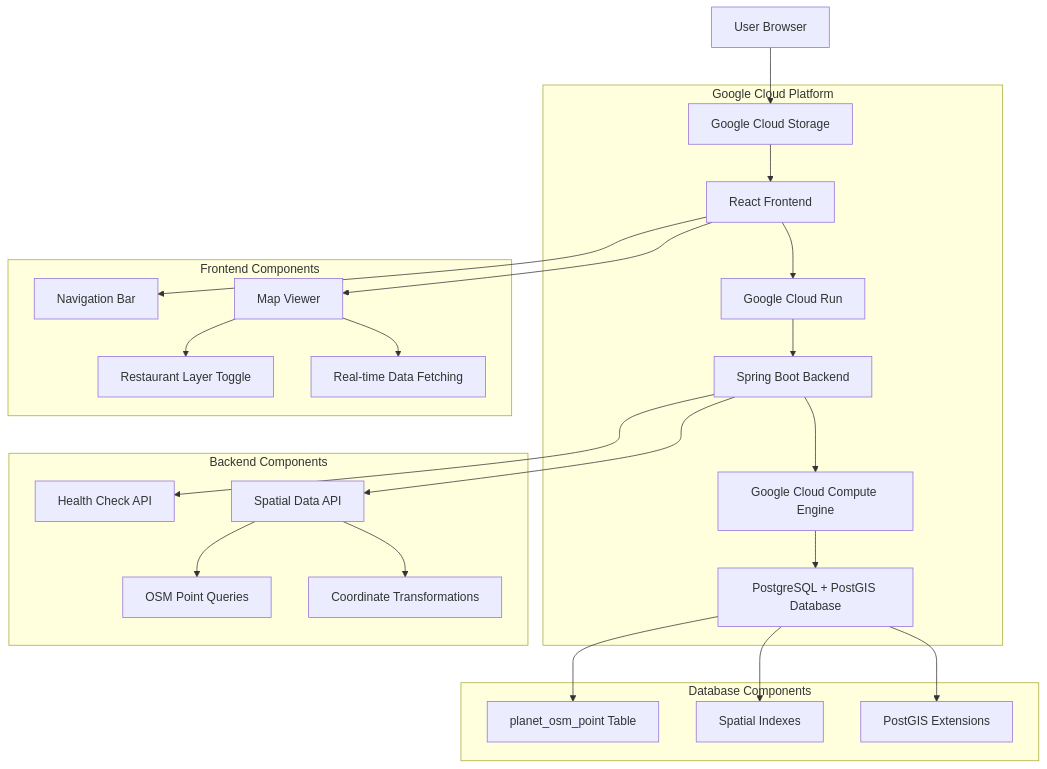
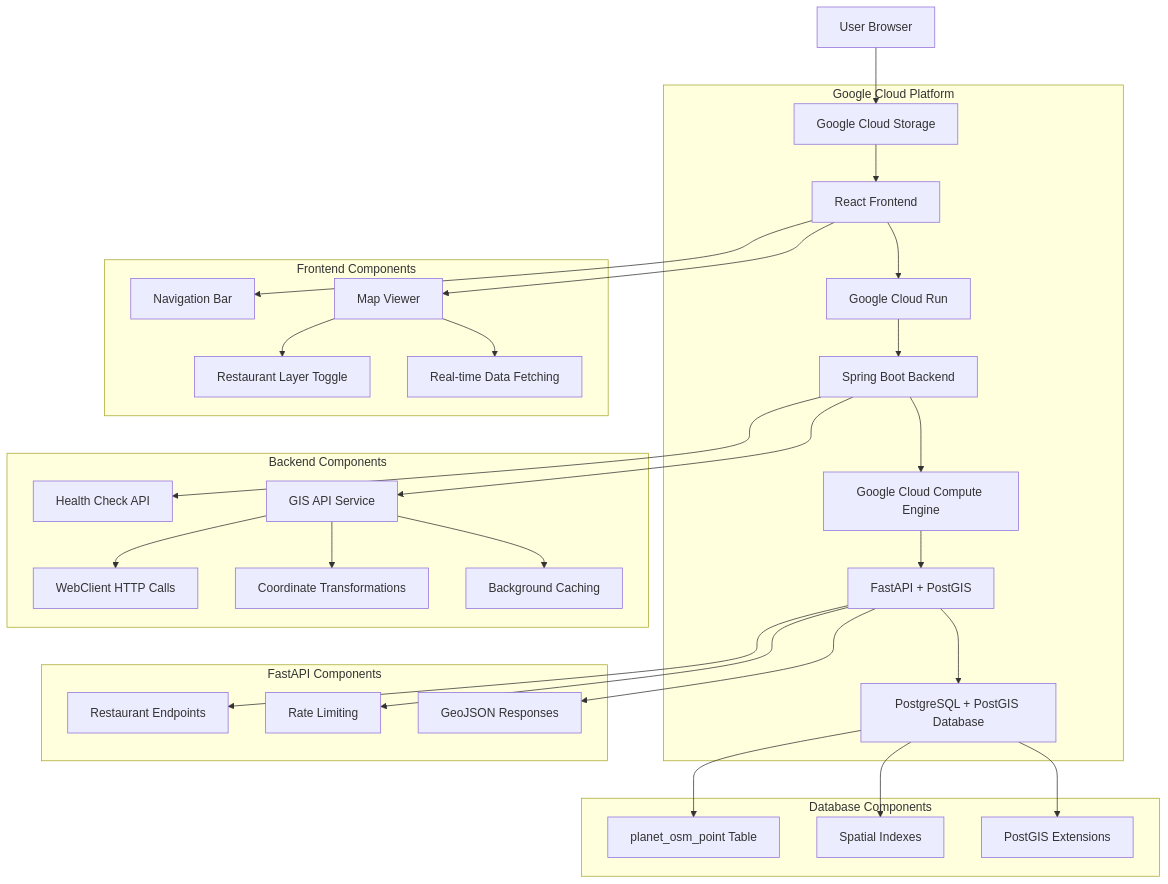
Before and after one commit to MathewTomberlin/SLOView: the diagram in CURRENT_ARCHITECTURE.md, drawn with Mermaid. The commit also changed other lines of this file and 6 other files, not shown here.

````diff
--- a/CURRENT_ARCHITECTURE.md
+++ b/CURRENT_ARCHITECTURE.md
@@ -7,38 +7,47 @@
 ```mermaid
 graph TD
     A[User Browser] --> B[Google Cloud Storage]
     B --> C[React Frontend]
     C --> D[Google Cloud Run]
     D --> E[Spring Boot Backend]
     E --> F[Google Cloud Compute Engine]
-    F --> G[PostgreSQL + PostGIS Database]
+    F --> G[FastAPI + PostGIS]
+    G --> H[PostgreSQL + PostGIS Database]
     
     subgraph "Google Cloud Platform"
         B
         C
         D
         E
         F
         G
+        H
     end
     
     subgraph "Frontend Components"
-        C --> H[Navigation Bar]
-        C --> I[Map Viewer]
-        I --> J[Restaurant Layer Toggle]
-        I --> K[Real-time Data Fetching]
+        C --> I[Navigation Bar]
+        C --> J[Map Viewer]
+        J --> K[Restaurant Layer Toggle]
+        J --> L[Real-time Data Fetching]
     end
     
     subgraph "Backend Components"
-        E --> L[Health Check API]
-        E --> M[Spatial Data API]
-        M --> N[OSM Point Queries]
-        M --> O[Coordinate Transformations]
+        E --> M[Health Check API]
+        E --> N[GIS API Service]
+        N --> O[WebClient HTTP Calls]
+        N --> P[Coordinate Transformations]
+        N --> Q[Background Caching]
+    end
+    
+    subgraph "FastAPI Components"
+        G --> R[Restaurant Endpoints]
+        G --> S[Rate Limiting]
+        G --> T[GeoJSON Responses]
     end
     
     subgraph "Database Components"
-        G --> P[planet_osm_point Table]
-        G --> Q[Spatial Indexes]
-        G --> R[PostGIS Extensions]
+        H --> U[planet_osm_point Table]
+        H --> V[Spatial Indexes]
+        H --> W[PostGIS Extensions]
     end
 ```
````
